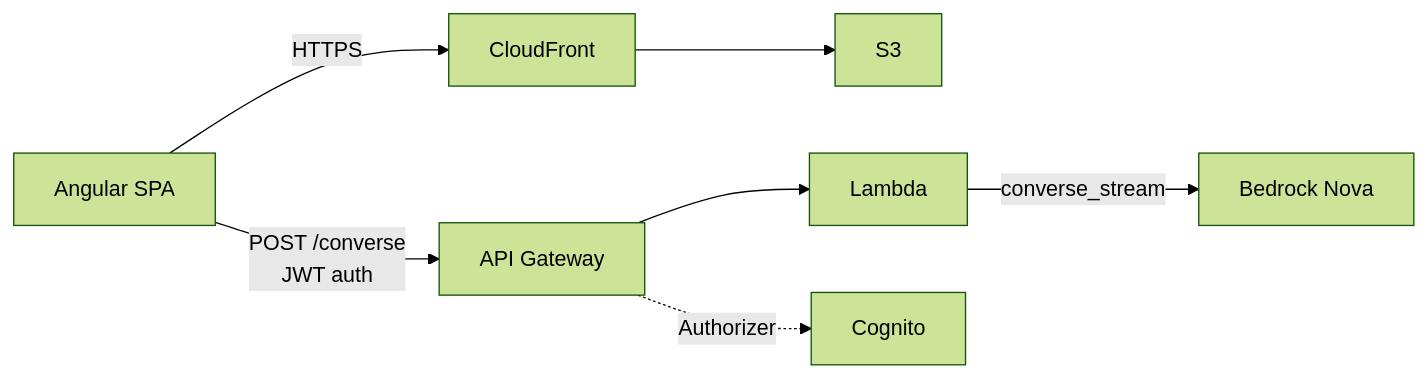
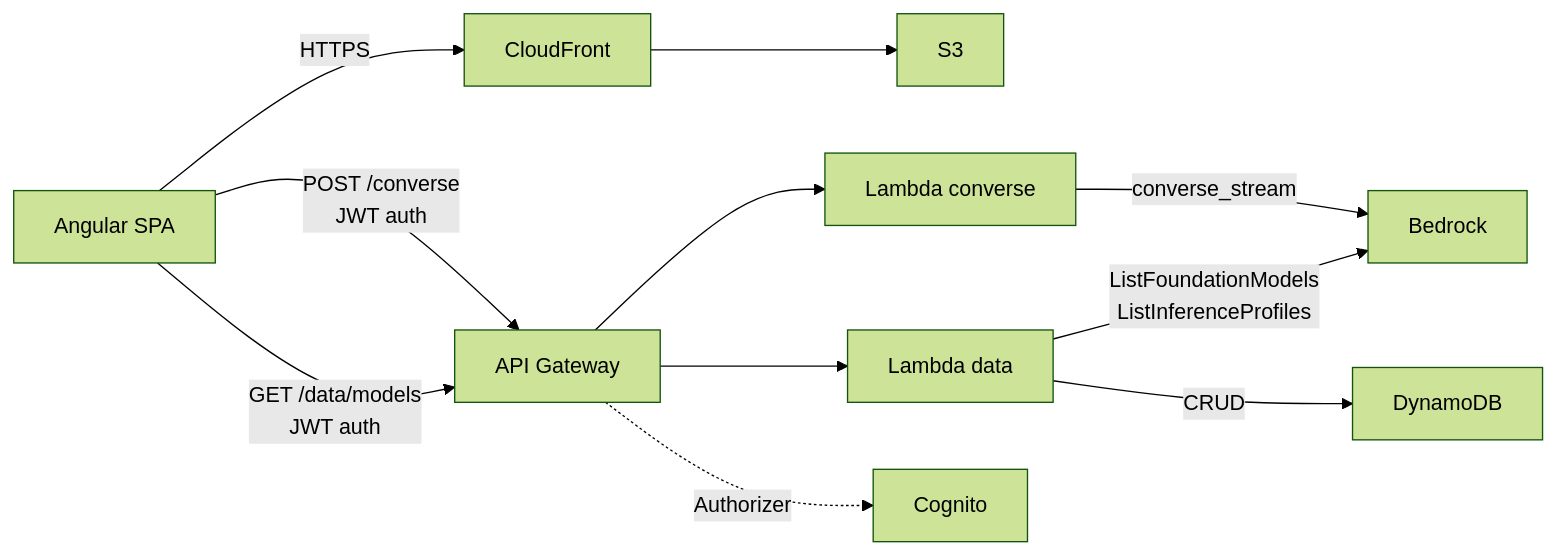
One commit to biagolini/TerraformCertStudyApp changed the diagram in README.md. Above: the diagram before and after it, drawn with Mermaid (forest theme). The commit also changed other lines of this file, not shown here.

Commit message:
Update README to reflect dynamic model loading and reasoning capabilities in Bedrock integration

````diff
--- a/README.md
+++ b/README.md
@@ -18,9 +18,13 @@
 ```mermaid
 graph LR
     A[Angular SPA] -->|HTTPS| B[CloudFront]
     B --> C[S3]
     A -->|POST /converse<br/>JWT auth| D[API Gateway]
-    D --> E[Lambda]
-    E -->|converse_stream| F[Bedrock Nova]
-    D -.->|Authorizer| G[Cognito]
+    A -->|GET /data/models<br/>JWT auth| D
+    D --> E[Lambda converse]
+    D --> F[Lambda data]
+    E -->|converse_stream| G[Bedrock]
+    F -->|ListFoundationModels<br/>ListInferenceProfiles| G
+    F -->|CRUD| H[DynamoDB]
+    D -.->|Authorizer| I[Cognito]
 ```
````
